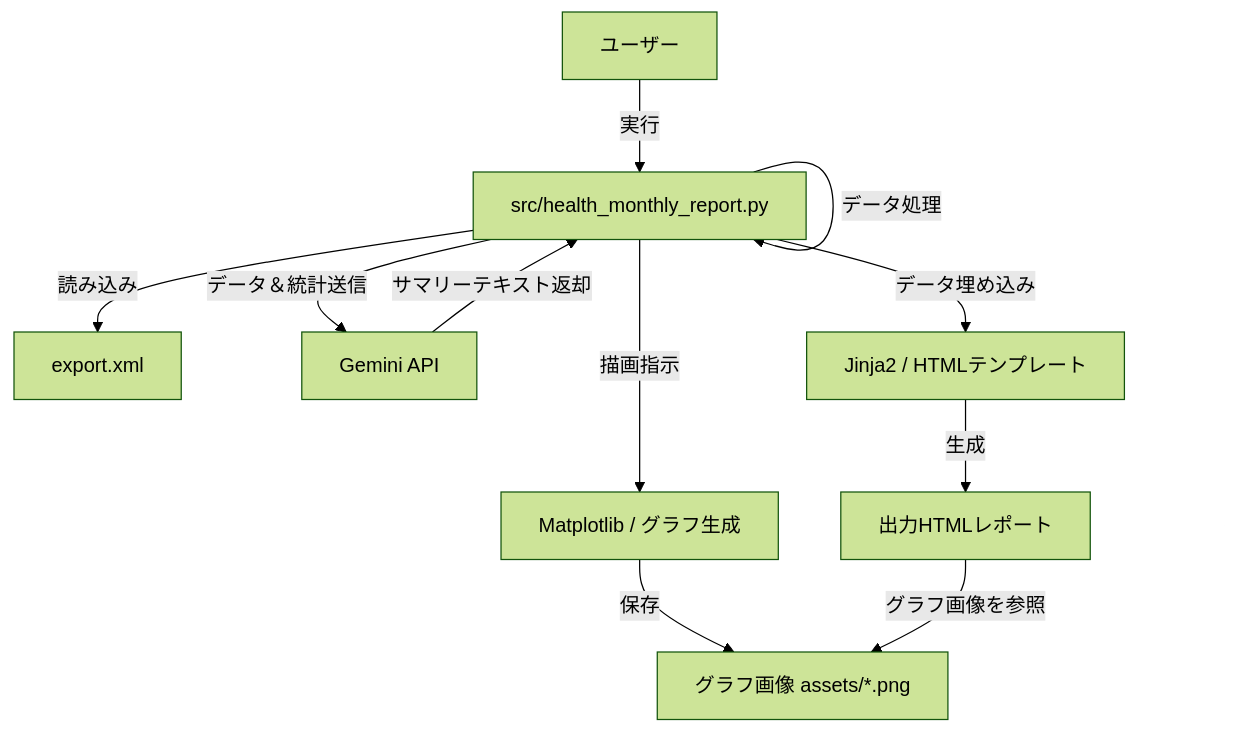
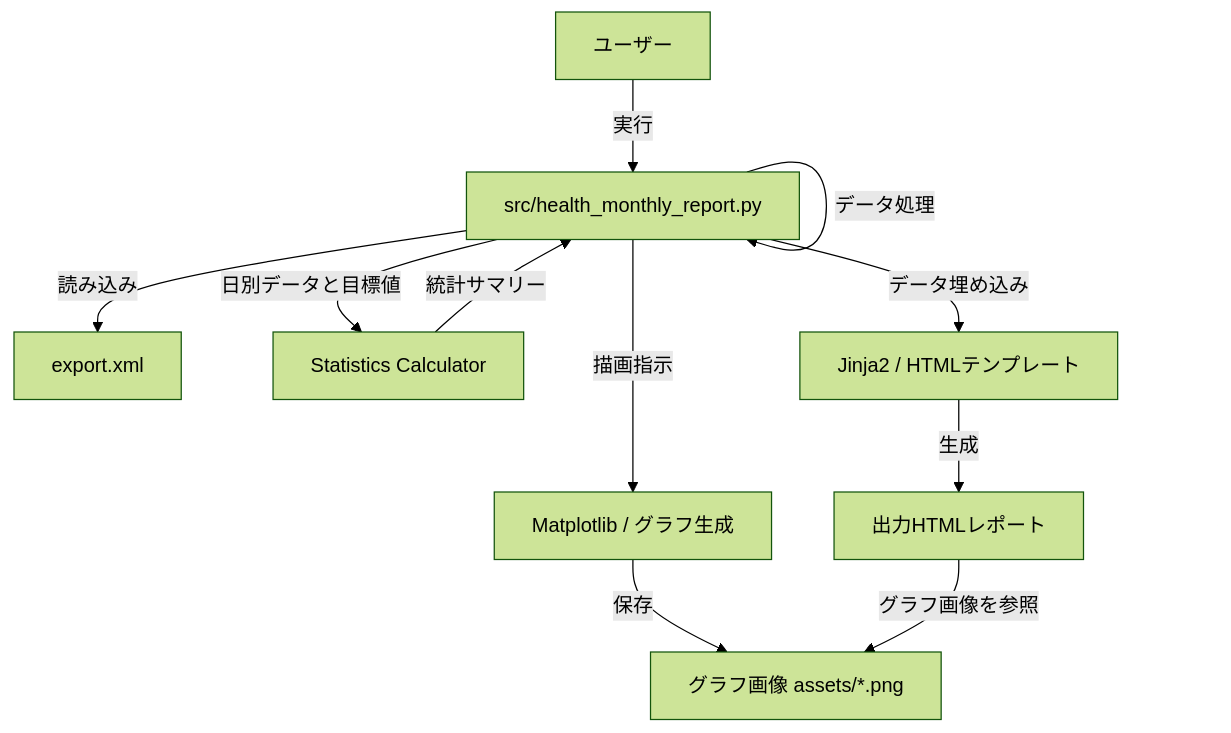
Before and after one commit to omotoshohei/14-apple-watch-health-tracker: the first of 2 diagrams in docs/functional-design.md, drawn with Mermaid (forest theme). The commit also changed other lines of this file and 38 other files, not shown here.

````diff
--- a/docs/functional-design.md
+++ b/docs/functional-design.md
@@ -7,22 +7,22 @@
 ```mermaid
 graph TD
     User[ユーザー]
     Script[src/health_monthly_report.py]
     XML[export.xml]
     Matplotlib[Matplotlib / グラフ生成]
-    Gemini[Gemini API]
+    Stats[Statistics Calculator]
     HTMLTemplate[Jinja2 / HTMLテンプレート]
     OutputHTML[出力HTMLレポート]
     OutputAssets[グラフ画像 assets/*.png]
 
     User -->|実行| Script
     Script -->|読み込み| XML
     Script -->|データ処理| Script
     Script -->|描画指示| Matplotlib
     Matplotlib -->|保存| OutputAssets
-    Script -->|データ＆統計送信| Gemini
-    Gemini -->|サマリーテキスト返却| Script
+    Script -->|日別データと目標値| Stats
+    Stats -->|統計サマリー| Script
     Script -->|データ埋め込み| HTMLTemplate
     HTMLTemplate -->|生成| OutputHTML
     OutputHTML -->|グラフ画像を参照| OutputAssets
 ```
````
